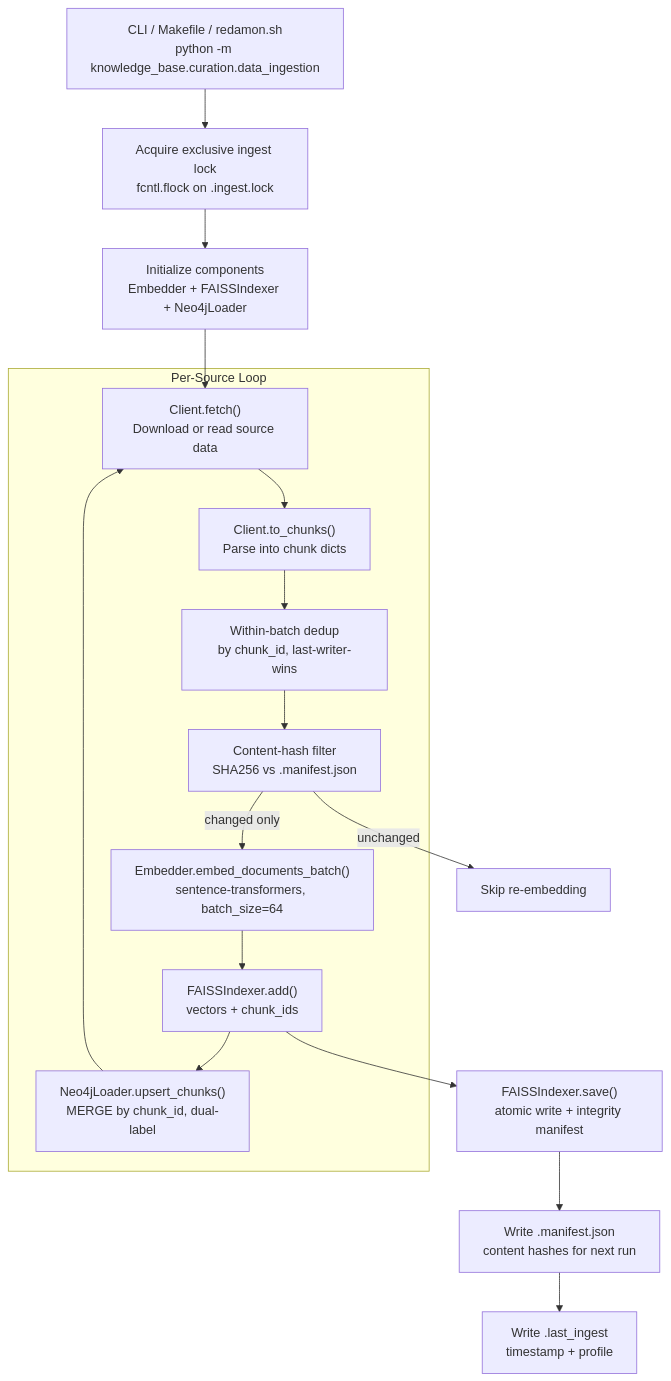
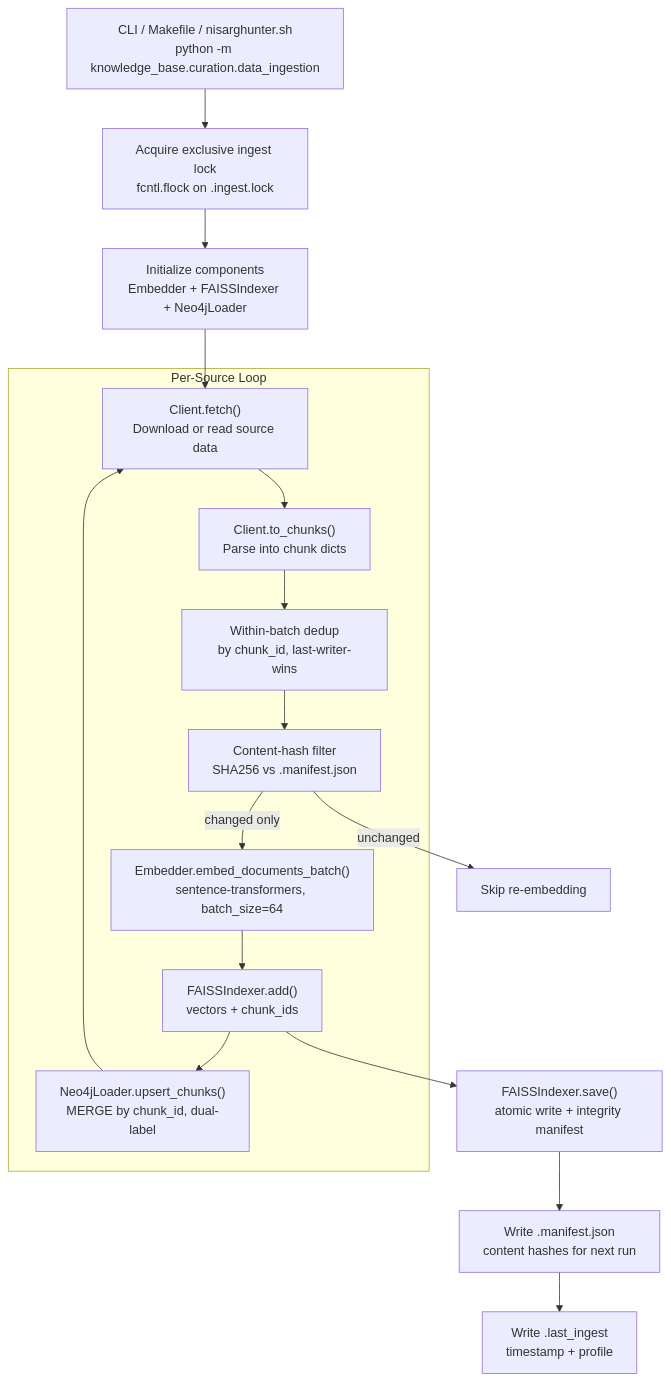
One commit to NisargDedakiya/DNM-hunter changed the third of 11 diagrams in readmes/README.KBASE.md. Above: the diagram before and after it, drawn with Mermaid. The commit also changed other lines of this file and 389 other files, not shown here.

First line of the commit message:
Rebrand RedAmon to NisargHunter AI (Phase 00 of v2.0 roadmap)

````diff
--- a/readmes/README.KBASE.md
+++ b/readmes/README.KBASE.md
@@ -148,35 +148,35 @@
 ```mermaid
 flowchart TD
-    CLI["CLI / Makefile / redamon.sh<br/>python -m knowledge_base.curation.data_ingestion"]
+    CLI["CLI / Makefile / nisarghunter.sh<br/>python -m knowledge_base.curation.data_ingestion"]
     LOCK["Acquire exclusive ingest lock<br/>fcntl.flock on .ingest.lock"]
     INIT["Initialize components<br/>Embedder + FAISSIndexer + Neo4jLoader"]
 
     subgraph "Per-Source Loop"
         FETCH["Client.fetch()<br/>Download or read source data"]
         CHUNK["Client.to_chunks()<br/>Parse into chunk dicts"]
         DEDUP["Within-batch dedup<br/>by chunk_id, last-writer-wins"]
         HASH["Content-hash filter<br/>SHA256 vs .manifest.json"]
         EMBED["Embedder.embed_documents_batch()<br/>sentence-transformers, batch_size=64"]
         FAISS_ADD["FAISSIndexer.add()<br/>vectors + chunk_ids"]
         NEO4J_UP["Neo4jLoader.upsert_chunks()<br/>MERGE by chunk_id, dual-label"]
     end
 
     SAVE["FAISSIndexer.save()<br/>atomic write + integrity manifest"]
     MANIFEST["Write .manifest.json<br/>content hashes for next run"]
     MARKER["Write .last_ingest<br/>timestamp + profile"]
 
     CLI --> LOCK
     LOCK --> INIT
     INIT --> FETCH
     FETCH --> CHUNK
     CHUNK --> DEDUP
     DEDUP --> HASH
     HASH -->|changed only| EMBED
     EMBED --> FAISS_ADD
     FAISS_ADD --> NEO4J_UP
     HASH -->|unchanged| SKIP[Skip re-embedding]
     NEO4J_UP --> FETCH
     FAISS_ADD --> SAVE
     SAVE --> MANIFEST
     MANIFEST --> MARKER
 ```
````
